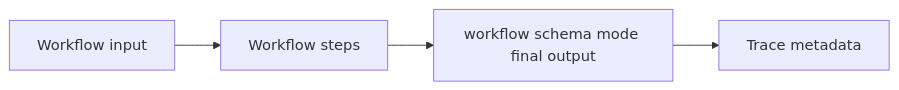
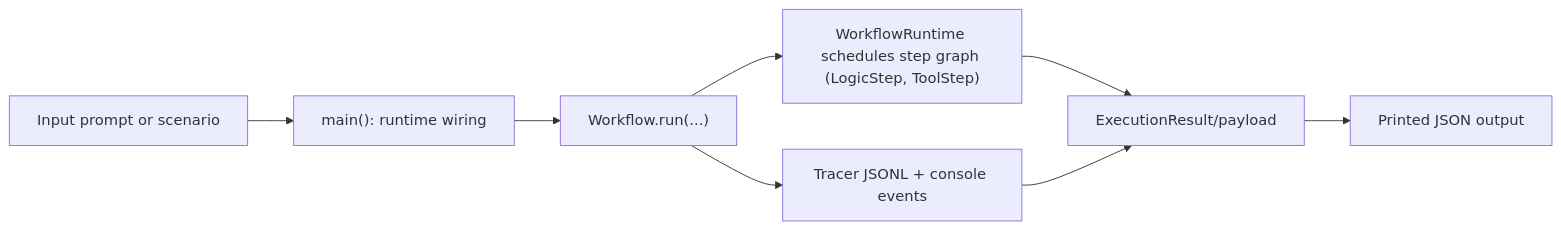
The diagram in docs/examples/workflow/workflow_schema_mode.rst (cmudrc/design-research-agents), drawn with Mermaid before and after one commit. The commit also changed other lines of this file and 83 other files, not shown here.

```diff
--- a/docs/examples/workflow/workflow_schema_mode.rst
+++ b/docs/examples/workflow/workflow_schema_mode.rst
@@ -21,6 +21,10 @@
 .. mermaid::
 
    flowchart LR
-       A["Workflow input"] --> B["Workflow steps"]
-       B --> C["workflow schema mode final output"]
-       C --> D["Trace metadata"]
+       A["Input prompt or scenario"] --> B["main(): runtime wiring"]
+       B --> C["Workflow.run(...)"]
+       C --> D["WorkflowRuntime schedules step graph (LogicStep, ToolStep)"]
+       C --> E["Tracer JSONL + console events"]
+       D --> F["ExecutionResult/payload"]
+       E --> F
+       F --> G["Printed JSON output"]
```
